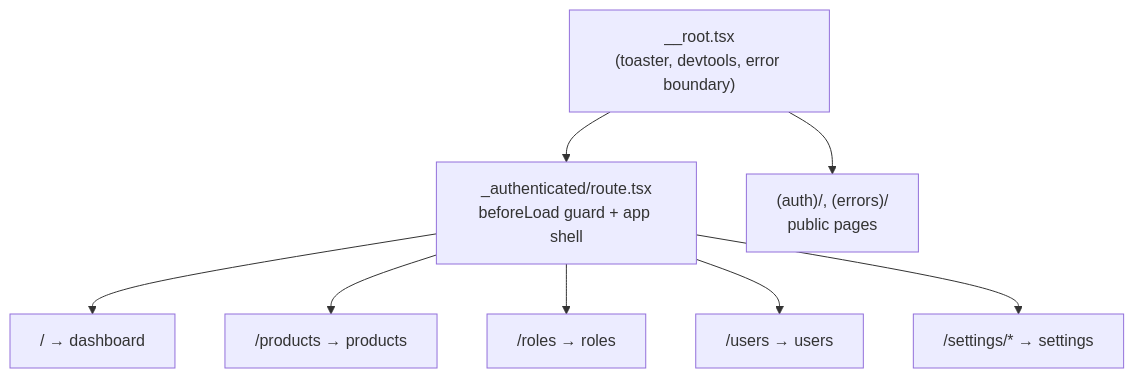
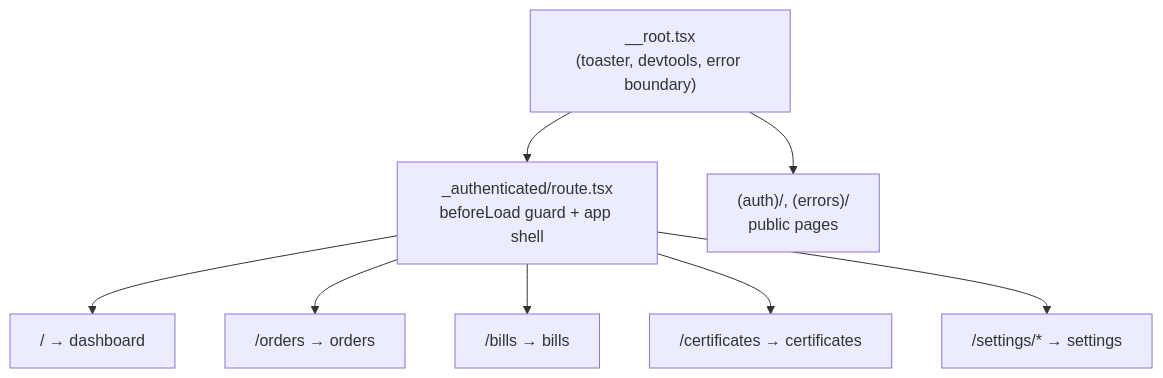
Before and after one commit to TGCTZ/TGC-SERVICE-FRONTEND: the second of 4 diagrams in docs/architecture.md, drawn with Mermaid. The commit also changed other lines of this file and 18 other files, not shown here.

````diff
--- a/docs/architecture.md
+++ b/docs/architecture.md
@@ -305,14 +330,14 @@
 ```mermaid
 flowchart TD
     root["__root.tsx<br/>(toaster, devtools, error boundary)"]
     auth["_authenticated/route.tsx<br/>beforeLoad guard + app shell"]
     pub["(auth)/, (errors)/<br/>public pages"]
 
     root --> auth
     root --> pub
     auth --> dash["/ → dashboard"]
-    auth --> products["/products → products"]
-    auth --> roles["/roles → roles"]
-    auth --> users["/users → users"]
+    auth --> orders["/orders → orders"]
+    auth --> bills["/bills → bills"]
+    auth --> certs["/certificates → certificates"]
     auth --> settings["/settings/* → settings"]
 ```
````
